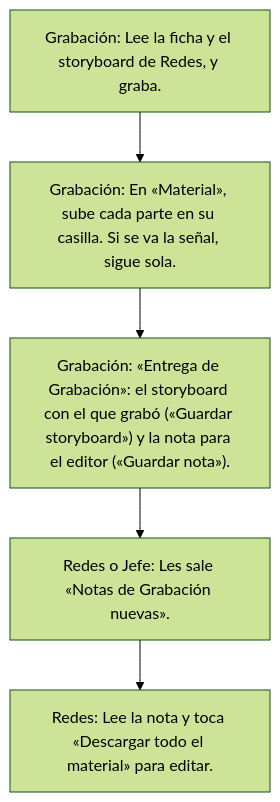
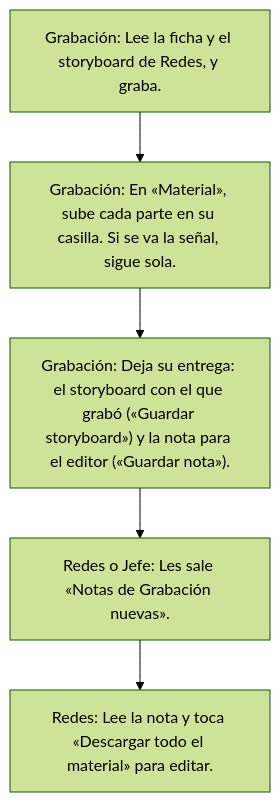
Before and after one commit to fbvenezuela/Gestionapp: the seventh of 9 diagrams in app-freddy-bernal/docs/FLUJOS.md, drawn with Mermaid (forest theme). The commit also changed other lines of this file and 44 other files, not shown here.

````diff
--- a/app-freddy-bernal/docs/FLUJOS.md
+++ b/app-freddy-bernal/docs/FLUJOS.md
@@ -266,12 +266,12 @@
 ```mermaid
 flowchart TD
   entrega_graba["Grabación: Lee la ficha y el storyboard de Redes, y graba."]
   entrega_graba --> entrega_sube
   entrega_sube["Grabación: En «Material», sube cada parte en su casilla. Si se va la señal, sigue sola."]
   entrega_sube --> entrega_entrega
-  entrega_entrega["Grabación: «Entrega de Grabación»: el storyboard con el que grabó («Guardar storyboard») y la nota para el editor («Guardar nota»)."]
+  entrega_entrega["Grabación: Deja su entrega: el storyboard con el que grabó («Guardar storyboard») y la nota para el editor («Guardar nota»)."]
   entrega_entrega --> entrega_avisa
   entrega_avisa["Redes o Jefe: Les sale «Notas de Grabación nuevas»."]
   entrega_avisa --> entrega_baja
   entrega_baja["Redes: Lee la nota y toca «Descargar todo el material» para editar."]
 ```
````
